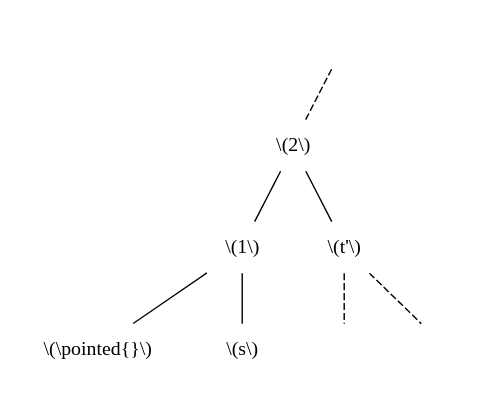
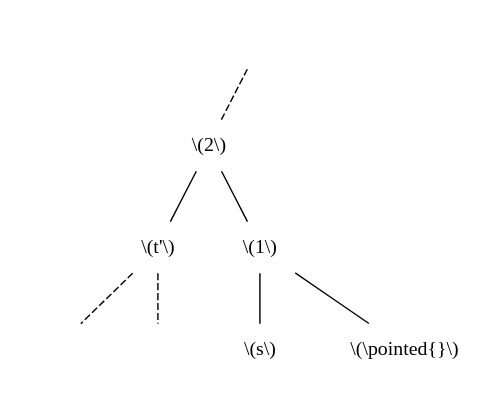
One commit to Larhard/Combinatorial-interpretations-of-holonomic-recurrences changed the diagram in article/images_src/schroder/case_b_l_fixed.dot. Above: the diagram before and after it, drawn with Graphviz. The commit also changed 84 other files, not shown here.

```diff
--- a/article/images_src/schroder/case_b_l_fixed.dot
+++ b/article/images_src/schroder/case_b_l_fixed.dot
@@ -1,28 +1,29 @@
 graph {
 	size="4,4"
     graph [splines=false]
 	r [label="" shape=none]
 
     1 [label="\\(2\\)" shape=none]
-    2 [label="\\(1\\)" shape=none]
-    3 [label="\\(\\pointed{}\\)" shape=none]
-
 
     t [label="\\(t'\\)" shape=none]
     tl [label="" shape=none]
     tr [label="" shape=none]
 
+    2 [label="\\(1\\)" shape=none]
+
     s [label="\\(s\\)" shape=none]
+
+    3 [label="\\(\\pointed{}\\)" shape=none]
 
 	rr [label="" shape=none]
     r -- rr [style=invis]
 
     r -- 1 [style=dashed]
     1 -- t
     1 -- 2
     2 -- 3
     2 -- s
 
     t -- tl [style=dashed]
     t -- tr [style=dashed]
 }
```
